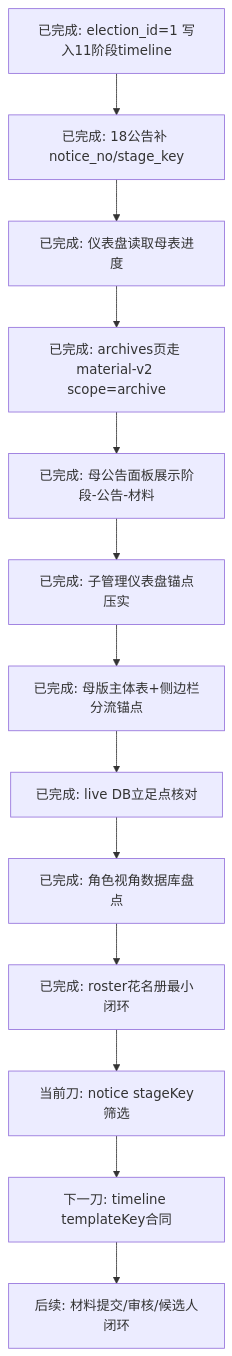
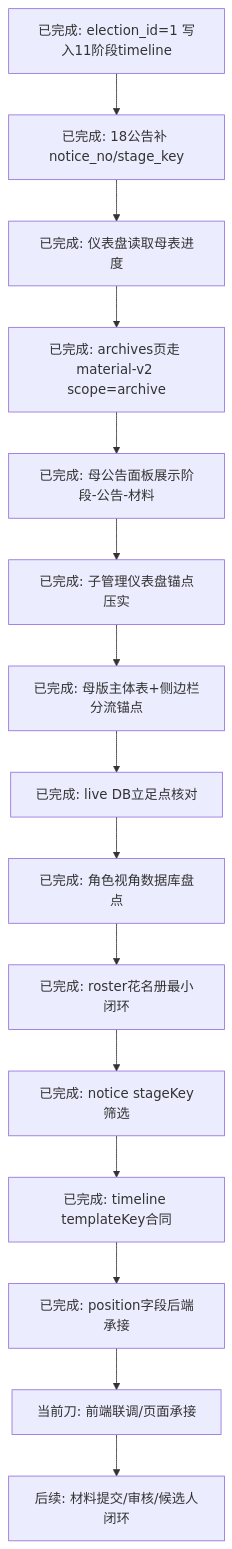
One commit to 4xiaxia/election-v2 changed the third of 7 diagrams in 副船长的航海接力日志/当前接力图.md. Above: the diagram before and after it, drawn with Mermaid. The commit also changed other lines of this file and 12 other files, not shown here.

````diff
--- a/副船长的航海接力日志/当前接力图.md
+++ b/副船长的航海接力日志/当前接力图.md
@@ -39,15 +39,17 @@
 ```mermaid
 flowchart TD
     A[已完成: election_id=1 写入11阶段timeline] --> B[已完成: 18公告补 notice_no/stage_key]
     B --> C[已完成: 仪表盘读取母表进度]
     C --> D[已完成: archives页走 material-v2 scope=archive]
     D --> E[已完成: 母公告面板展示阶段-公告-材料]
     E --> F[已完成: 子管理仪表盘锚点压实]
     F --> G[已完成: 母版主体表+侧边栏分流锚点]
     G --> H[已完成: live DB立足点核对]
     H --> I[已完成: 角色视角数据库盘点]
     I --> J[已完成: roster花名册最小闭环]
-    J --> K[当前刀: notice stageKey筛选]
-    K --> L[下一刀: timeline templateKey合同]
-    L --> M[后续: 材料提交/审核/候选人闭环]
+    J --> K[已完成: notice stageKey筛选]
+    K --> L[已完成: timeline templateKey合同]
+    L --> M[已完成: position字段后端承接]
+    M --> N[当前刀: 前端联调/页面承接]
+    N --> O[后续: 材料提交/审核/候选人闭环]
 ```
````
